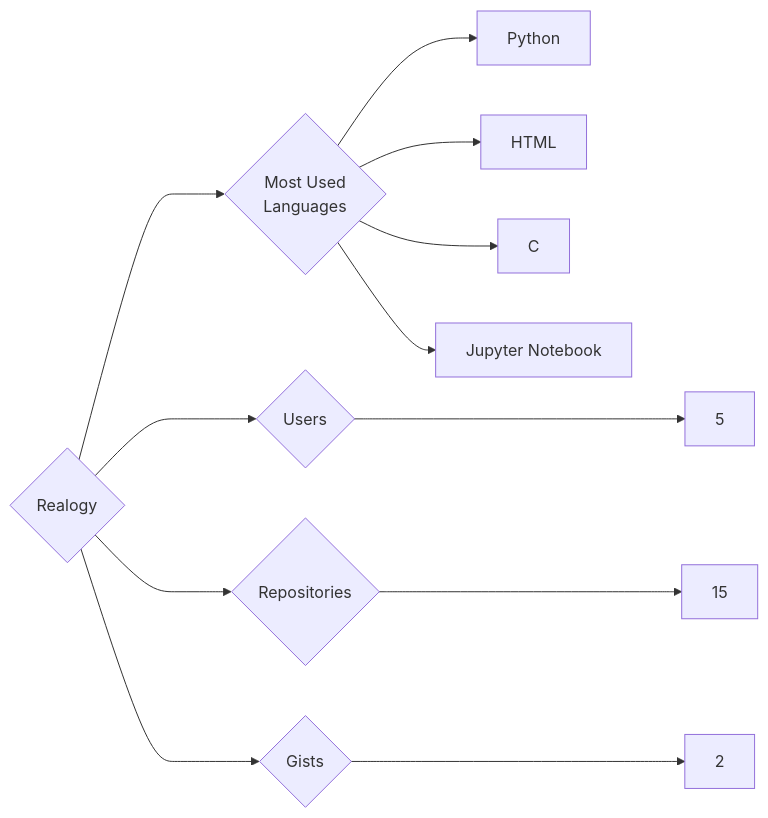
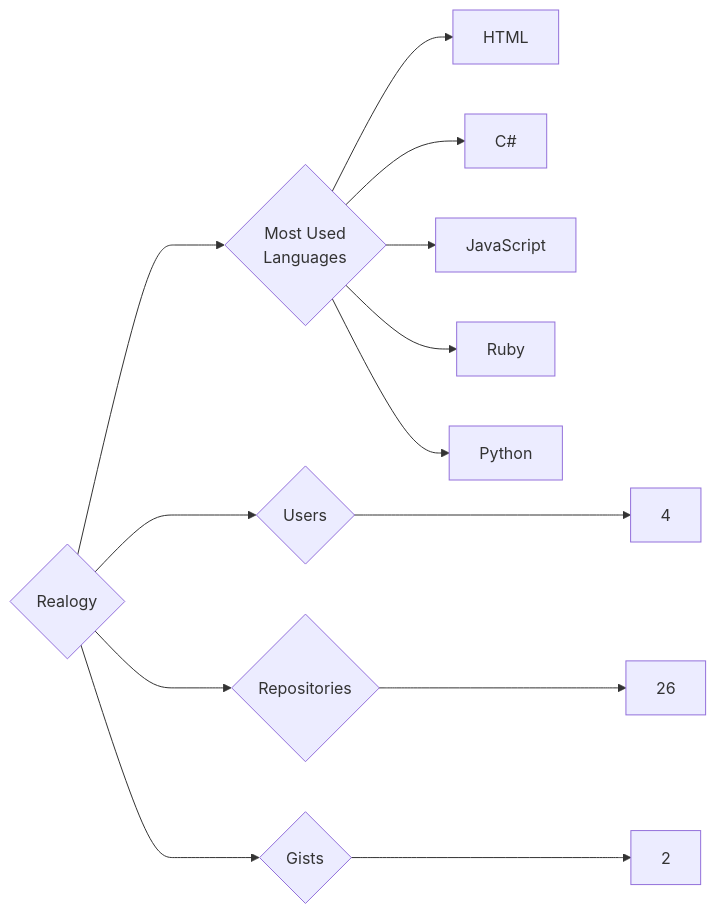
The diagram in targets/Realogy/README.md (trickest/insiders), drawn with Mermaid before and after one commit. The commit also changed 965 other files, not shown here.

````diff
--- a/targets/Realogy/README.md
+++ b/targets/Realogy/README.md
@@ -3,12 +3,13 @@
 ```mermaid
 graph LR
 COMPANY_NAME{Realogy}
-COMPANY_NAME ---> U{Users} ---> UN[5]
-COMPANY_NAME ---> R{Repositories} ---> RN[15]
+COMPANY_NAME ---> U{Users} ---> UN[4]
+COMPANY_NAME ---> R{Repositories} ---> RN[26]
 COMPANY_NAME ---> G{Gists} ---> GN[2]
 COMPANY_NAME ---> ML{Most Used<br>Languages}
+ML --> HTML[HTML]
+ML --> C#[C#]
+ML --> JavaScript[JavaScript]
+ML --> Ruby[Ruby]
 ML --> Python[Python]
-ML --> HTML[HTML]
-ML --> C[C]
-ML --> Jupyter_Notebook[Jupyter Notebook]
 ```
````
